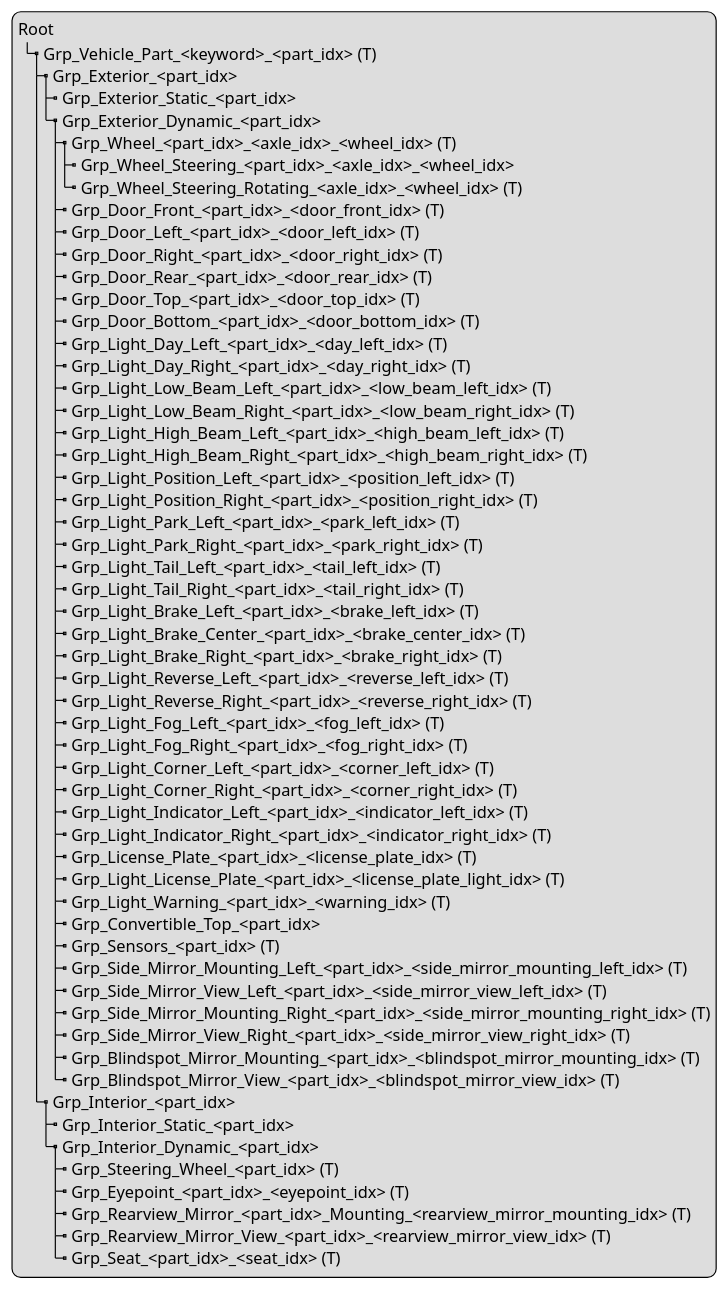
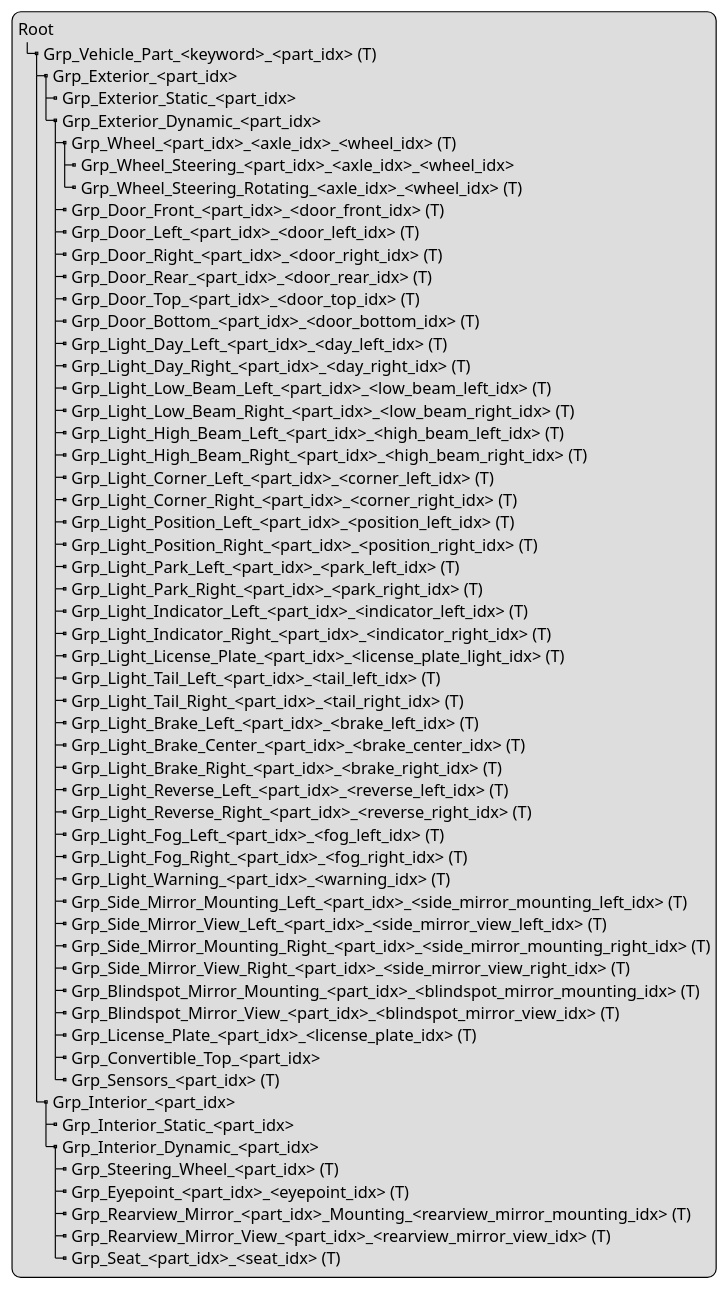
One commit to asam-ev/OpenMATERIAL changed the diagram in content/geometry/object-vehicle/vehicle-structure-model-structure.adoc. Above: the diagram before and after it, drawn with PlantUML. The commit also changed other lines of this file, not shown here.

```diff
--- a/content/geometry/object-vehicle/vehicle-structure-model-structure.adoc
+++ b/content/geometry/object-vehicle/vehicle-structure-model-structure.adoc
@@ -5,61 +5,61 @@
 [plantuml]
 ----
 legend
 Root
 |_ Grp_Vehicle_Part_<keyword>_<part_idx> (T)
   |_ Grp_Exterior_<part_idx>
     |_ Grp_Exterior_Static_<part_idx>
     |_ Grp_Exterior_Dynamic_<part_idx>
       |_ Grp_Wheel_<part_idx>_<axle_idx>_<wheel_idx> (T)
         |_ Grp_Wheel_Steering_<part_idx>_<axle_idx>_<wheel_idx>
         |_ Grp_Wheel_Steering_Rotating_<axle_idx>_<wheel_idx> (T)
       |_ Grp_Door_Front_<part_idx>_<door_front_idx> (T)
       |_ Grp_Door_Left_<part_idx>_<door_left_idx> (T)
       |_ Grp_Door_Right_<part_idx>_<door_right_idx> (T)
       |_ Grp_Door_Rear_<part_idx>_<door_rear_idx> (T)
       |_ Grp_Door_Top_<part_idx>_<door_top_idx> (T)
       |_ Grp_Door_Bottom_<part_idx>_<door_bottom_idx> (T)
       |_ Grp_Light_Day_Left_<part_idx>_<day_left_idx> (T)
       |_ Grp_Light_Day_Right_<part_idx>_<day_right_idx> (T)
       |_ Grp_Light_Low_Beam_Left_<part_idx>_<low_beam_left_idx> (T)
       |_ Grp_Light_Low_Beam_Right_<part_idx>_<low_beam_right_idx> (T)
       |_ Grp_Light_High_Beam_Left_<part_idx>_<high_beam_left_idx> (T)
       |_ Grp_Light_High_Beam_Right_<part_idx>_<high_beam_right_idx> (T)
+      |_ Grp_Light_Corner_Left_<part_idx>_<corner_left_idx> (T)
+      |_ Grp_Light_Corner_Right_<part_idx>_<corner_right_idx> (T)
       |_ Grp_Light_Position_Left_<part_idx>_<position_left_idx> (T)
       |_ Grp_Light_Position_Right_<part_idx>_<position_right_idx> (T)
       |_ Grp_Light_Park_Left_<part_idx>_<park_left_idx> (T)
       |_ Grp_Light_Park_Right_<part_idx>_<park_right_idx> (T)
+      |_ Grp_Light_Indicator_Left_<part_idx>_<indicator_left_idx> (T)
+      |_ Grp_Light_Indicator_Right_<part_idx>_<indicator_right_idx> (T)
+      |_ Grp_Light_License_Plate_<part_idx>_<license_plate_light_idx> (T)
       |_ Grp_Light_Tail_Left_<part_idx>_<tail_left_idx> (T)
       |_ Grp_Light_Tail_Right_<part_idx>_<tail_right_idx> (T)
       |_ Grp_Light_Brake_Left_<part_idx>_<brake_left_idx> (T)
       |_ Grp_Light_Brake_Center_<part_idx>_<brake_center_idx> (T)
       |_ Grp_Light_Brake_Right_<part_idx>_<brake_right_idx> (T)
       |_ Grp_Light_Reverse_Left_<part_idx>_<reverse_left_idx> (T)
       |_ Grp_Light_Reverse_Right_<part_idx>_<reverse_right_idx> (T)
       |_ Grp_Light_Fog_Left_<part_idx>_<fog_left_idx> (T)
       |_ Grp_Light_Fog_Right_<part_idx>_<fog_right_idx> (T)
-      |_ Grp_Light_Corner_Left_<part_idx>_<corner_left_idx> (T)
-      |_ Grp_Light_Corner_Right_<part_idx>_<corner_right_idx> (T)
-      |_ Grp_Light_Indicator_Left_<part_idx>_<indicator_left_idx> (T)
-      |_ Grp_Light_Indicator_Right_<part_idx>_<indicator_right_idx> (T)
-      |_ Grp_License_Plate_<part_idx>_<license_plate_idx> (T)
-      |_ Grp_Light_License_Plate_<part_idx>_<license_plate_light_idx> (T)
       |_ Grp_Light_Warning_<part_idx>_<warning_idx> (T)
-      |_ Grp_Convertible_Top_<part_idx>
-      |_ Grp_Sensors_<part_idx> (T)
       |_ Grp_Side_Mirror_Mounting_Left_<part_idx>_<side_mirror_mounting_left_idx> (T)
       |_ Grp_Side_Mirror_View_Left_<part_idx>_<side_mirror_view_left_idx> (T)
       |_ Grp_Side_Mirror_Mounting_Right_<part_idx>_<side_mirror_mounting_right_idx> (T)
       |_ Grp_Side_Mirror_View_Right_<part_idx>_<side_mirror_view_right_idx> (T)
       |_ Grp_Blindspot_Mirror_Mounting_<part_idx>_<blindspot_mirror_mounting_idx> (T)
       |_ Grp_Blindspot_Mirror_View_<part_idx>_<blindspot_mirror_view_idx> (T)
+      |_ Grp_License_Plate_<part_idx>_<license_plate_idx> (T)
+      |_ Grp_Convertible_Top_<part_idx>
+      |_ Grp_Sensors_<part_idx> (T)
   |_ Grp_Interior_<part_idx>
     |_ Grp_Interior_Static_<part_idx>
     |_ Grp_Interior_Dynamic_<part_idx>
       |_ Grp_Steering_Wheel_<part_idx> (T)
       |_ Grp_Eyepoint_<part_idx>_<eyepoint_idx> (T)
       |_ Grp_Rearview_Mirror_<part_idx>_Mounting_<rearview_mirror_mounting_idx> (T)
       |_ Grp_Rearview_Mirror_View_<part_idx>_<rearview_mirror_view_idx> (T)
       |_ Grp_Seat_<part_idx>_<seat_idx> (T)
 end legend
 ----
```
